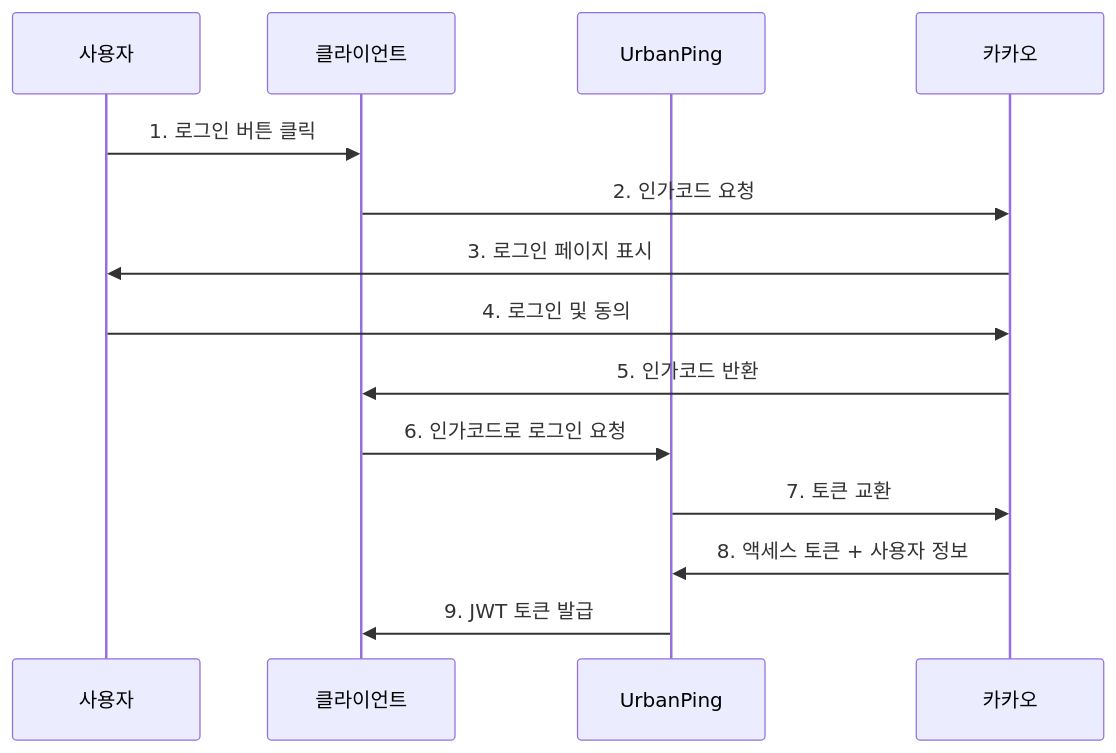
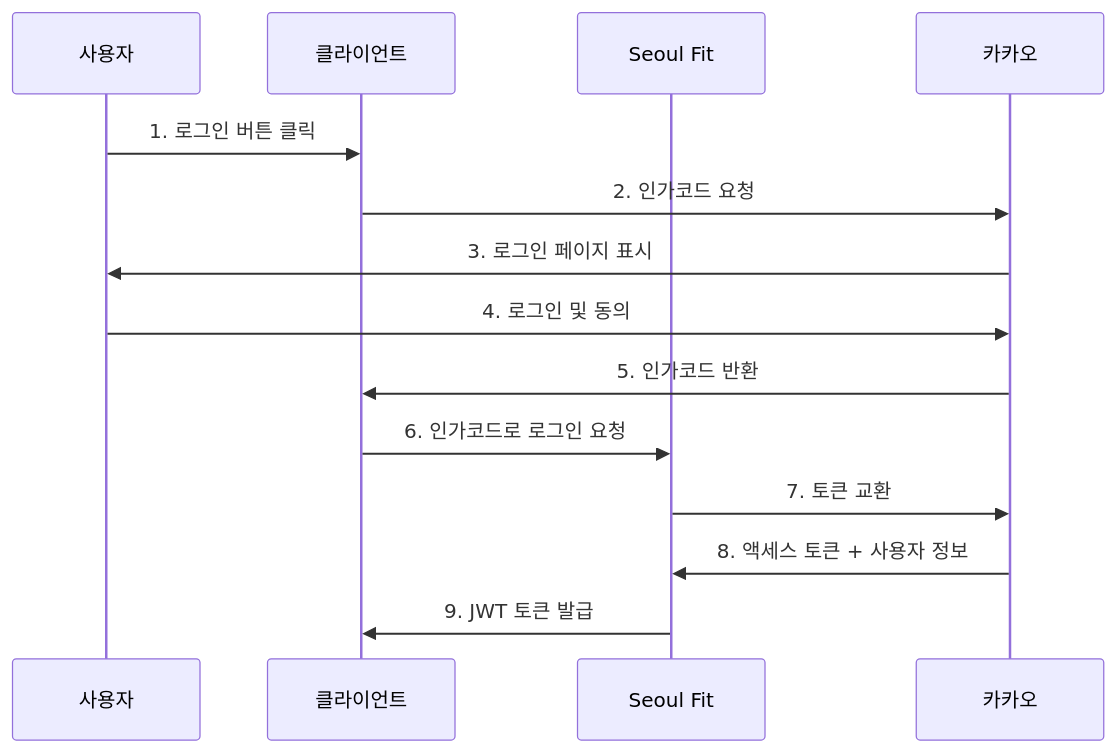
Before and after one commit to seoul-fit/backend: the diagram in docs/guides/oauth/README.md, drawn with Mermaid. The commit also changed other lines of this file and 73 other files, not shown here.

````diff
--- a/docs/guides/oauth/README.md
+++ b/docs/guides/oauth/README.md
@@ -49,17 +49,17 @@
 ```mermaid
 sequenceDiagram
     participant User as 사용자
     participant Client as 클라이언트
-    participant Auth as UrbanPing
+    participant Auth as Seoul Fit
     participant Kakao as 카카오
 
     User->>Client: 1. 로그인 버튼 클릭
     Client->>Kakao: 2. 인가코드 요청
     Kakao->>User: 3. 로그인 페이지 표시
     User->>Kakao: 4. 로그인 및 동의
     Kakao->>Client: 5. 인가코드 반환
     Client->>Auth: 6. 인가코드로 로그인 요청
     Auth->>Kakao: 7. 토큰 교환
     Kakao->>Auth: 8. 액세스 토큰 + 사용자 정보
     Auth->>Client: 9. JWT 토큰 발급
 ```
````
